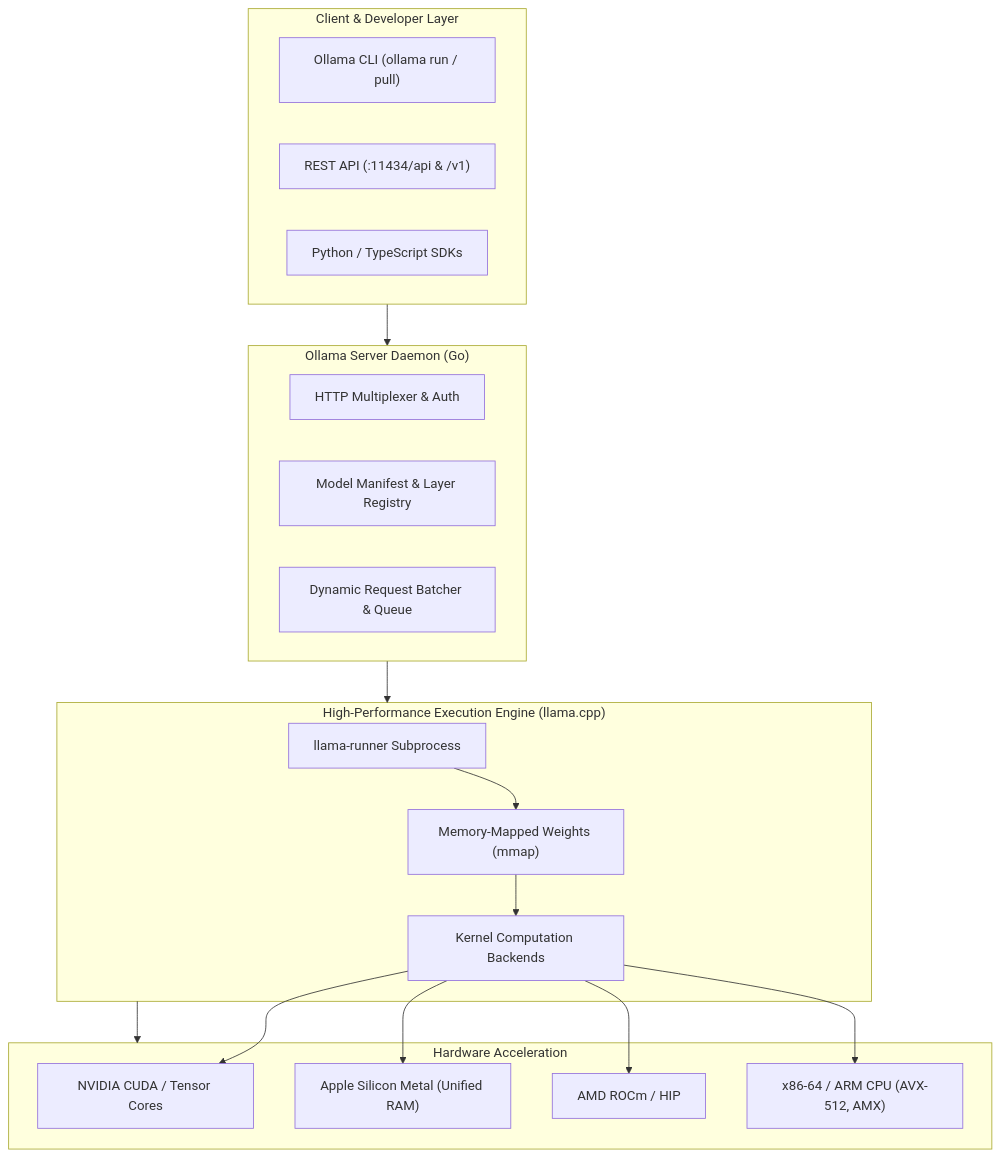
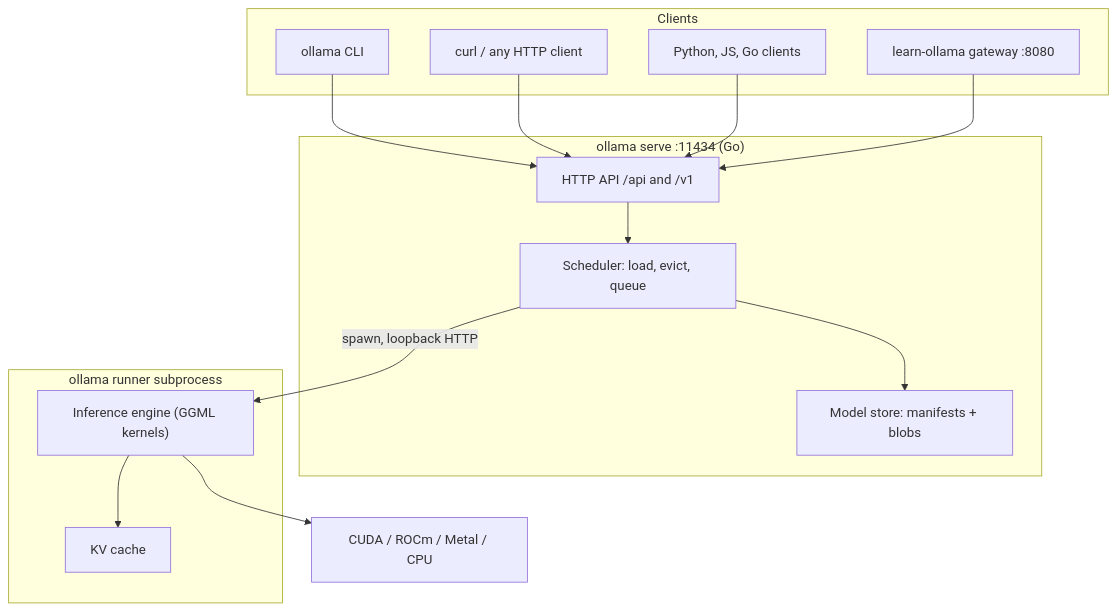
One commit to TheLearningHubOrg/learn-ollama changed the third of 31 diagrams in README.md. Above: the diagram before and after it, drawn with Mermaid. The commit also changed other lines of this file and 37 other files, not shown here.

````diff
--- a/README.md
+++ b/README.md
@@ -69,38 +346,28 @@
 ```mermaid
 flowchart TD
-    subgraph ClientLayer["Client & Developer Layer"]
-        CLI["Ollama CLI (ollama run / pull)"]
-        REST["REST API (:11434/api & /v1)"]
-        SDK["Python / TypeScript SDKs"]
+    subgraph Clients["Clients"]
+        CLI["ollama CLI"]
+        HTTP["curl / any HTTP client"]
+        SDK["Python, JS, Go clients"]
+        GW["learn-ollama gateway :8080"]
     end
-
-    subgraph GoDaemon["Ollama Server Daemon (Go)"]
-        Router["HTTP Multiplexer & Auth"]
-        ModelMgr["Model Manifest & Layer Registry"]
-        Scheduler["Dynamic Request Batcher & Queue"]
+    subgraph Server["ollama serve :11434 (Go)"]
+        API["HTTP API /api and /v1"]
+        REG["Model store: manifests + blobs"]
+        SCHED["Scheduler: load, evict, queue"]
     end
-
-    subgraph CppEngine["High-Performance Execution Engine (llama.cpp)"]
-        Runner["llama-runner Subprocess"]
-        MemoryMap["Memory-Mapped Weights (mmap)"]
-        Compute["Kernel Computation Backends"]
+    subgraph Runner["ollama runner subprocess"]
+        ENG["Inference engine (GGML kernels)"]
+        KV["KV cache"]
     end
-
-    subgraph Hardware["Hardware Acceleration"]
-        CUDA["NVIDIA CUDA / Tensor Cores"]
-        Metal["Apple Silicon Metal (Unified RAM)"]
-        ROCm["AMD ROCm / HIP"]
-        CPU["x86-64 / ARM CPU (AVX-512, AMX)"]
-    end
-
-    ClientLayer --> GoDaemon
-    GoDaemon --> CppEngine
-    CppEngine --> Hardware
-
-    Runner --> MemoryMap
-    MemoryMap --> Compute
-    Compute --> CUDA
-    Compute --> Metal
-    Compute --> ROCm
-    Compute --> CPU
+    HW["CUDA / ROCm / Metal / CPU"]
+    CLI --> API
+    HTTP --> API
+    SDK --> API
+    GW --> API
+    API --> SCHED
+    SCHED --> REG
+    SCHED -->|"spawn, loopback HTTP"| ENG
+    ENG --> KV
+    ENG --> HW
 ```
````
